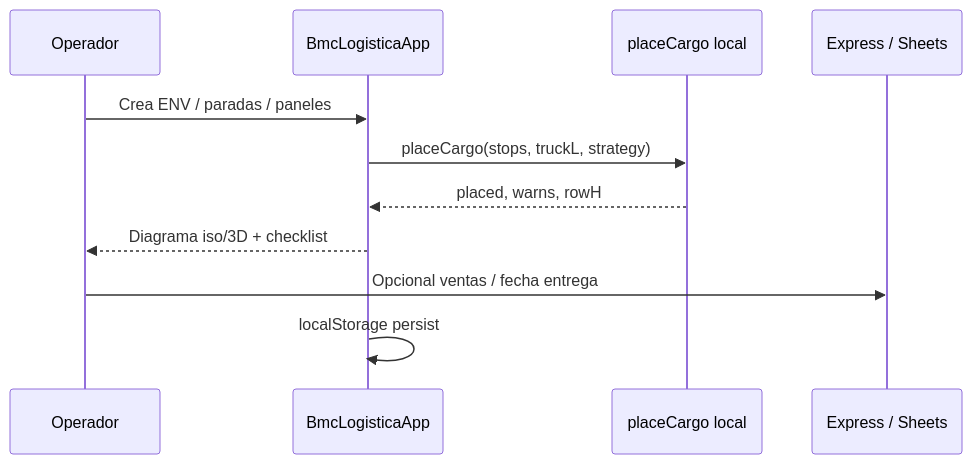
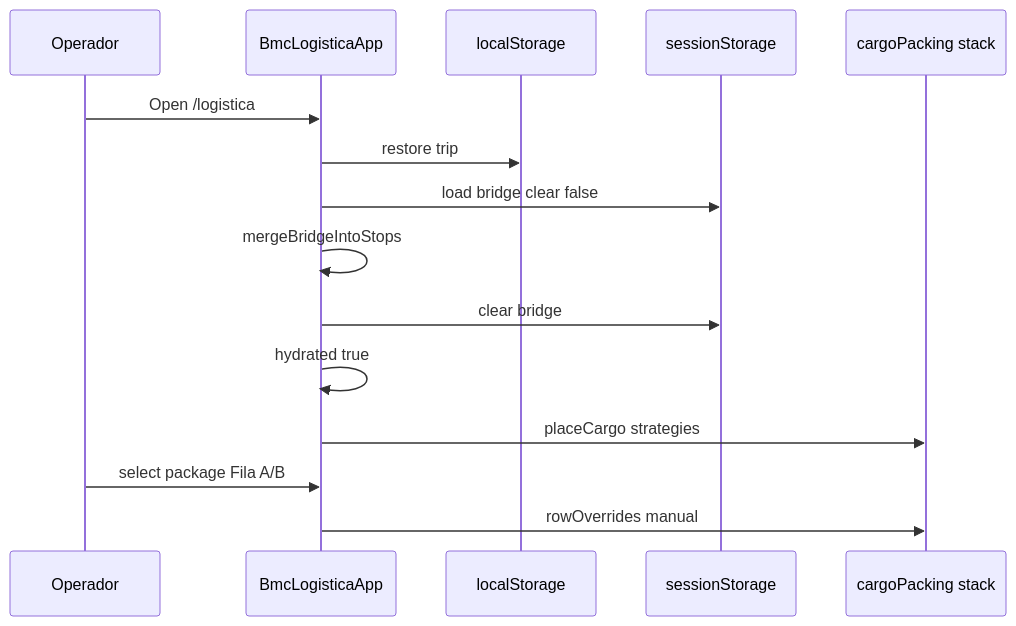
Before and after one commit to matiasportugau-ui/Calculadora-BMC: the fourth of 4 diagrams in docs/sdd/bmc-envios/SDD.md, drawn with Mermaid. The commit also changed other lines of this file and 7 other files, not shown here.

````diff
--- a/docs/sdd/bmc-envios/SDD.md
+++ b/docs/sdd/bmc-envios/SDD.md
@@ -295,14 +218,17 @@
 ```mermaid
 sequenceDiagram
-  participant Op as Operador
-  participant L as BmcLogisticaApp
-  participant Local as placeCargo local
-  participant API as Express / Sheets
-
-  Op->>L: Crea ENV / paradas / paneles
-  L->>Local: placeCargo(stops, truckL, strategy)
-  Local-->>L: placed, warns, rowH
-  L-->>Op: Diagrama iso/3D + checklist
-  Op->>API: Opcional ventas / fecha entrega
-  L->>L: localStorage persist
+  participant U as Operador
+  participant O as BmcLogisticaApp
+  participant LS as localStorage
+  participant SS as sessionStorage
+  participant P as cargoPacking stack
+  U->>O: Open /logistica
+  O->>LS: restore trip
+  O->>SS: load bridge clear false
+  O->>O: mergeBridgeIntoStops
+  O->>SS: clear bridge
+  O->>O: hydrated true
+  O->>P: placeCargo strategies
+  U->>O: select package Fila A/B
+  O->>P: rowOverrides manual
 ```
````
